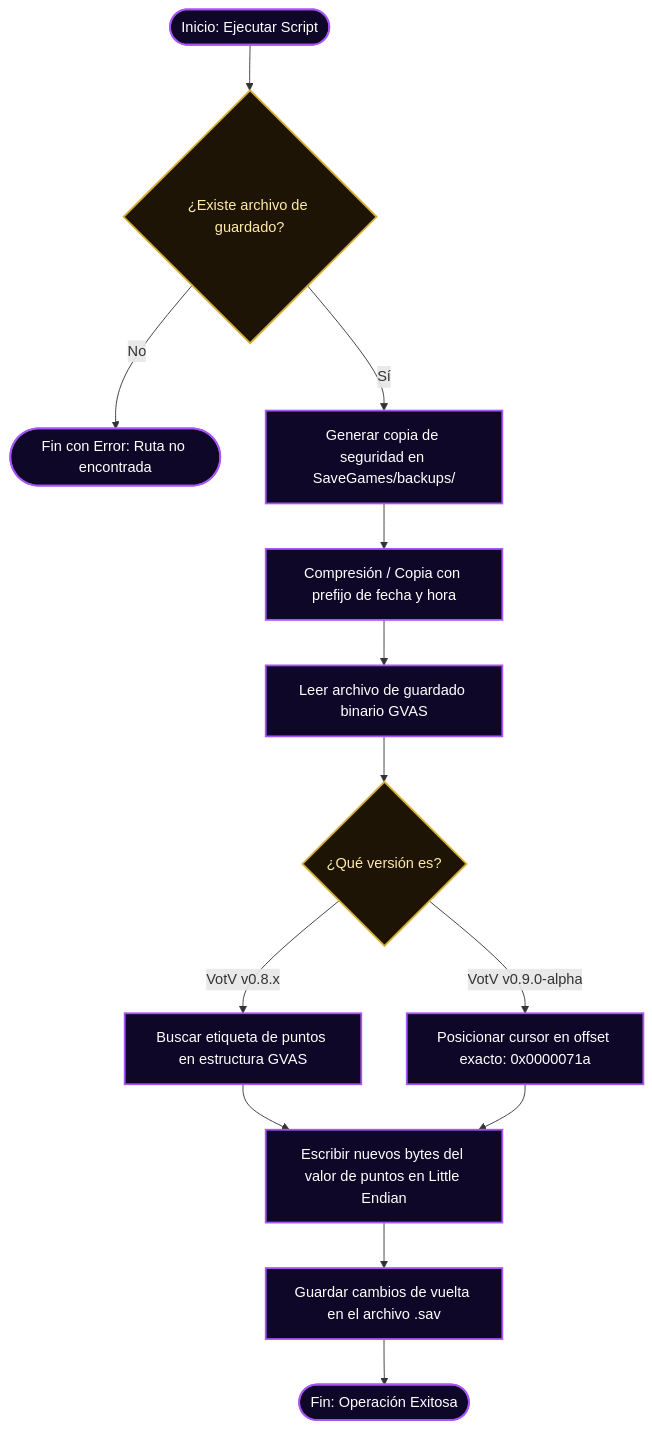
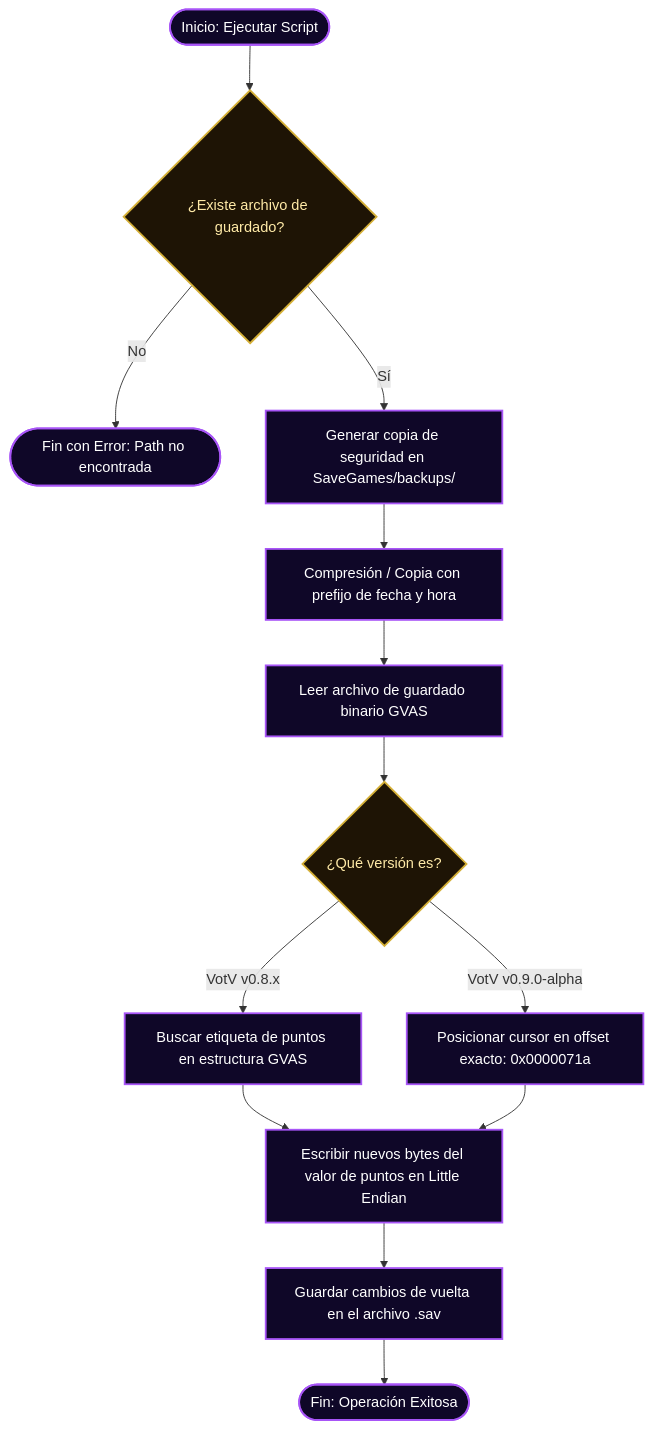
One commit to JackStar6677-1/VotV-Points-Editor changed the diagram in README.md. Above: the diagram before and after it, drawn with Mermaid. The commit also changed other lines of this file, not shown here.

Commit message:
docs: update README to English

````diff
--- a/README.md
+++ b/README.md
@@ -15,27 +15,27 @@
 ```mermaid
 graph TD
     classDef default fill:#0f0728,stroke:#a855f7,stroke-width:2px,color:#fff;
     classDef gold fill:#1e1405,stroke:#d4af37,stroke-width:2px,color:#ffeaa7;
 
     Start([Inicio: Ejecutar Script]) --> TargetCheck{¿Existe archivo de guardado?}
     
-    TargetCheck -- No --> ErrorExit([Fin con Error: Ruta no encontrada])
+    TargetCheck -- No --> ErrorExit([Fin con Error: Path no encontrada])
     
     TargetCheck -- Sí --> BackupStep[Generar copia de seguridad en SaveGames/backups/]
     BackupStep --> CompressStep[Compresión / Copia con prefijo de fecha y hora]
     
     CompressStep --> ReadSave[Leer archivo de guardado binario GVAS]
     
     ReadSave --> DetectVersion{¿Qué versión es?}
     
     DetectVersion -- VotV v0.8.x --> SearchKeys[Buscar etiqueta de puntos en estructura GVAS]
     DetectVersion -- VotV v0.9.0-alpha --> SeekOffset[Posicionar cursor en offset exacto: 0x0000071a]
     
     SearchKeys --> WriteBytes[Escribir nuevos bytes del valor de puntos en Little Endian]
     SeekOffset --> WriteBytes
     
     WriteBytes --> ConfirmWrite[Guardar cambios de vuelta en el archivo .sav]
     ConfirmWrite --> SuccessExit([Fin: Operación Exitosa])
 
     class TargetCheck,DetectVersion gold;
 ```
````
